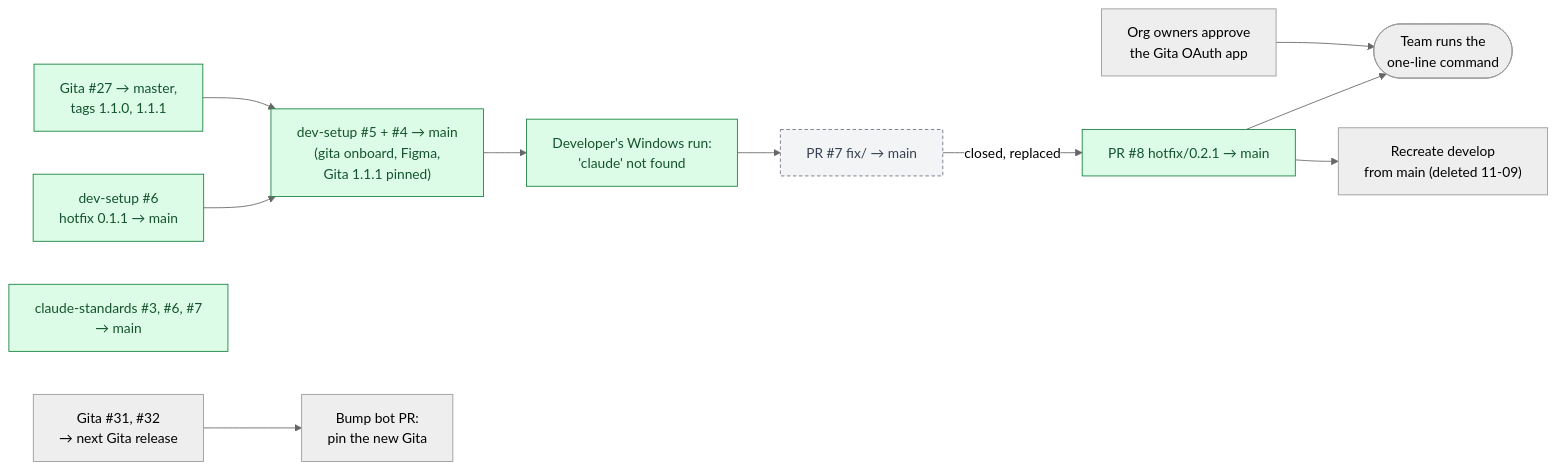
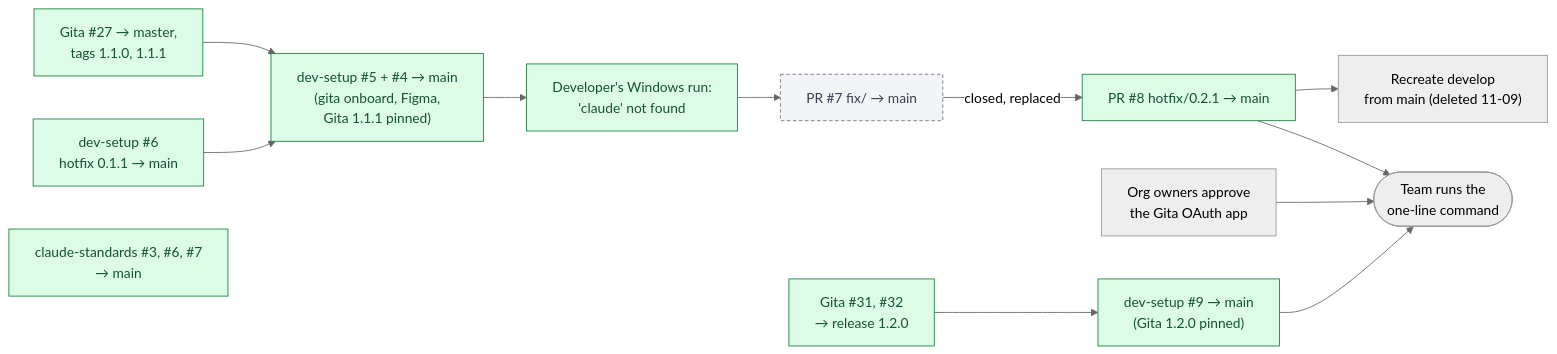
Diagram 12 of 12 in documents/Lifecycle and process flows.md (ThoughtBoxFinTechAI/dev-setup), drawn with Mermaid (neutral theme) before and after one commit. The commit also changed other lines of this file and 2 other files, not shown here.

First line of the commit message:
docs(lifecycle): Gita 1.2.0 released and pinned; bump bot can't open PRs

````diff
--- a/documents/Lifecycle and process flows.md
+++ b/documents/Lifecycle and process flows.md
@@ -452,15 +455,16 @@
 ```mermaid
 flowchart LR
   P6["dev-setup #6<br/>hotfix 0.1.1 → main"]:::done --> P5
   G27["Gita #27 → master,<br/>tags 1.1.0, 1.1.1"]:::done --> P5["dev-setup #5 + #4 → main<br/>(gita onboard, Figma,<br/>Gita 1.1.1 pinned)"]:::done
   CS["claude-standards #3, #6, #7<br/>→ main"]:::done
   P5 --> RUN["Developer's Windows run:<br/>'claude' not found"]:::done
   RUN --> P7["PR #7 fix/ → main"]:::closed
   P7 -->|"closed, replaced"| P8["PR #8 hotfix/0.2.1 → main"]:::done
   P8 --> TEAM(["Team runs the<br/>one-line command"])
   APPROVE["Org owners approve<br/>the Gita OAuth app"] --> TEAM
   P8 --> DEV["Recreate develop<br/>from main (deleted 11-09)"]
-  G31["Gita #31, #32<br/>→ next Gita release"] --> BUMP["Bump bot PR:<br/>pin the new Gita"]
+  G31["Gita #31, #32<br/>→ release 1.2.0"]:::done --> P9["dev-setup #9 → main<br/>(Gita 1.2.0 pinned)"]:::done
+  P9 --> TEAM
   classDef done fill:#dcfce7,stroke:#15803d,color:#14532d
   classDef closed fill:#f3f4f6,stroke:#6b7280,color:#374151,stroke-dasharray:4 3
 ```
````
